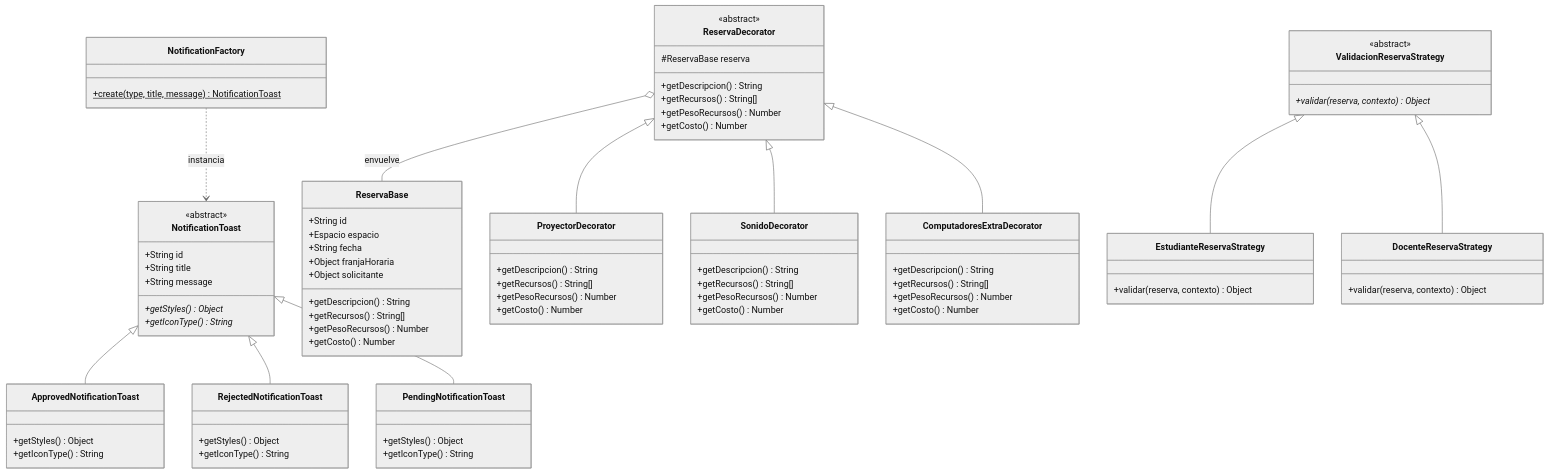
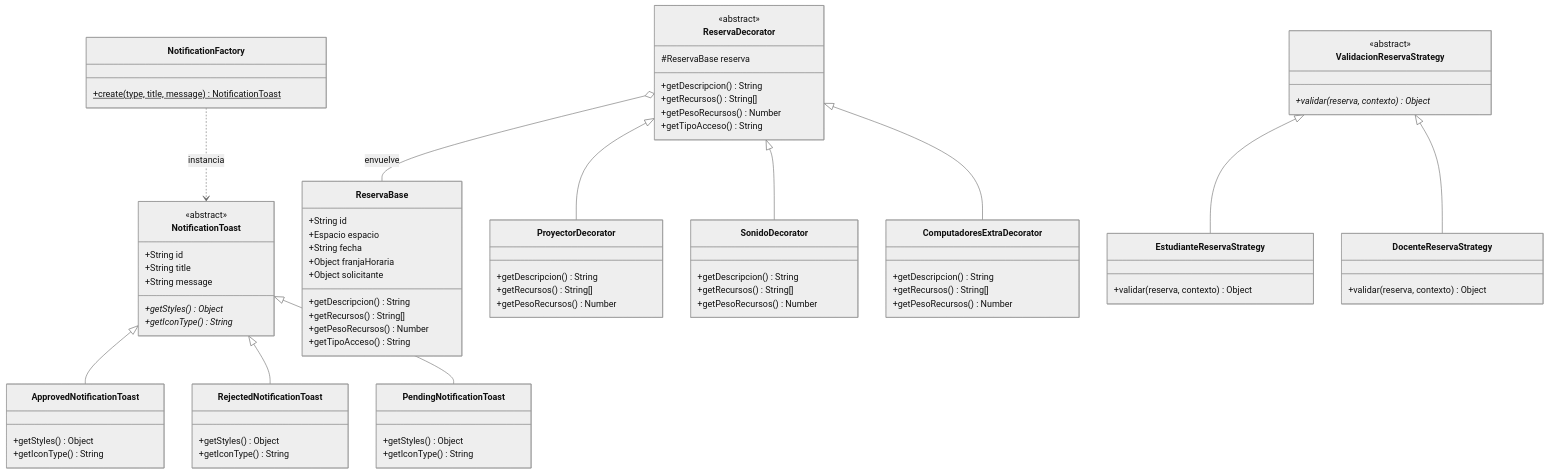
One commit to Elmala02/EspaciosCompensar changed the second of 2 diagrams in README.md. Above: the diagram before and after it, drawn with Mermaid (neutral theme). The commit also changed other lines of this file and 9 other files, not shown here.

```diff
--- a/README.md
+++ b/README.md
@@ -134,7 +134,7 @@
         +getDescripcion() String
         +getRecursos() String[]
         +getPesoRecursos() Number
-        +getCosto() Number
+        +getTipoAcceso() String
     }
     class ReservaDecorator {
         <<abstract>>
@@ -142,25 +142,22 @@
         +getDescripcion() String
         +getRecursos() String[]
         +getPesoRecursos() Number
-        +getCosto() Number
+        +getTipoAcceso() String
     }
     class ProyectorDecorator {
         +getDescripcion() String
         +getRecursos() String[]
         +getPesoRecursos() Number
-        +getCosto() Number
     }
     class SonidoDecorator {
         +getDescripcion() String
         +getRecursos() String[]
         +getPesoRecursos() Number
-        +getCosto() Number
     }
     class ComputadoresExtraDecorator {
         +getDescripcion() String
         +getRecursos() String[]
         +getPesoRecursos() Number
-        +getCosto() Number
     }
 
     ReservaDecorator <|-- ProyectorDecorator
```
